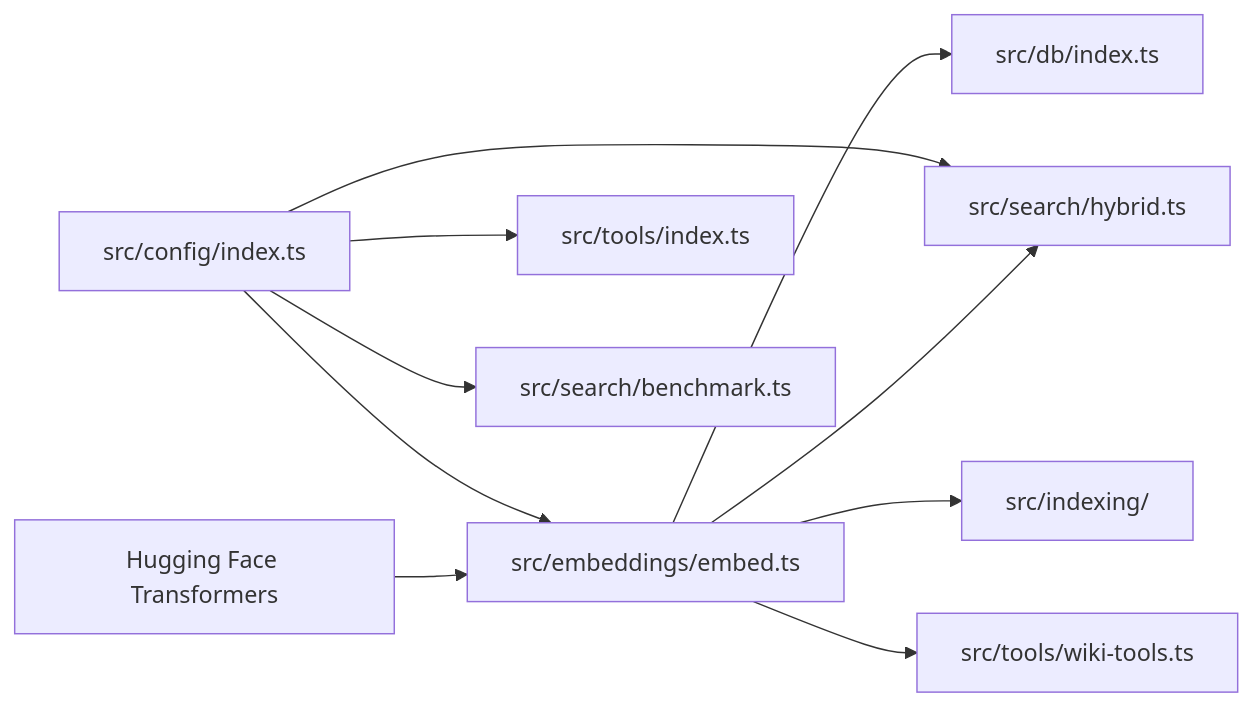
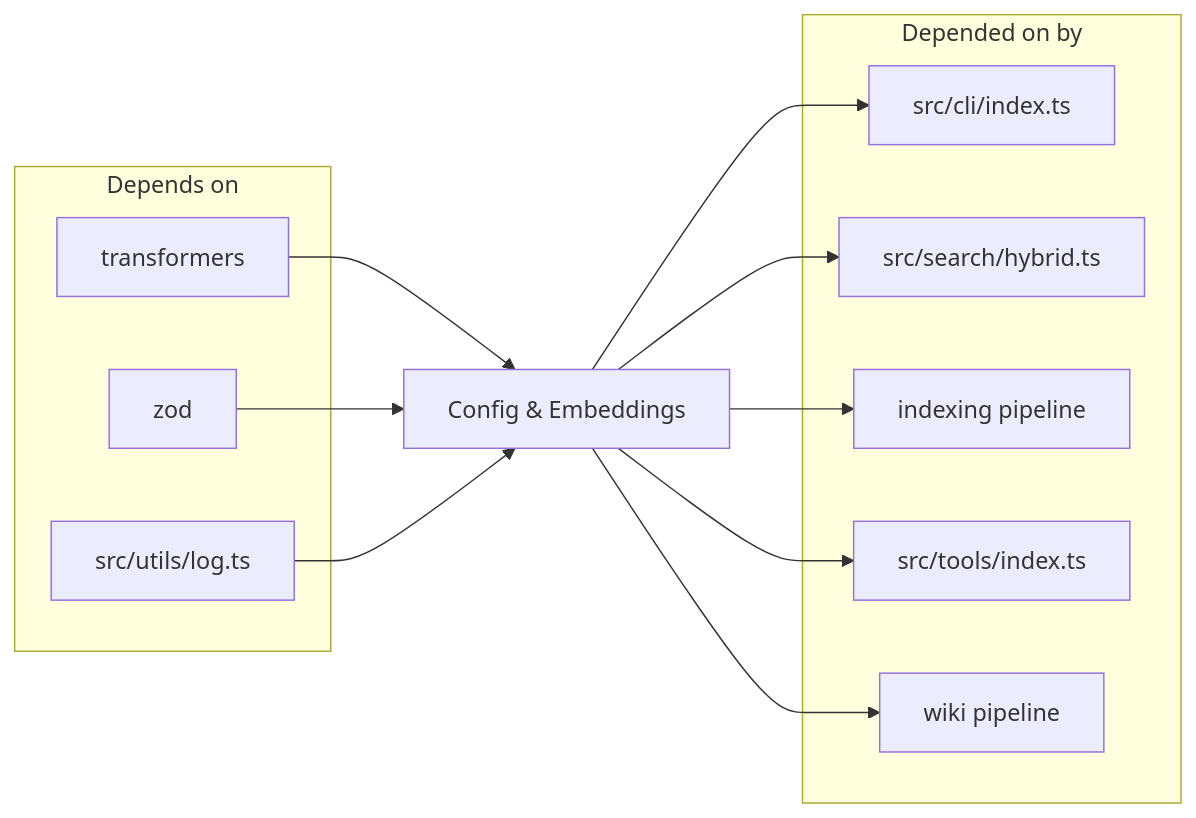
Before and after one commit to TheWinci/mimirs: the second of 2 diagrams in wiki/communities/config-embeddings.md, drawn with Mermaid. The commit also changed other lines of this file and 36 other files, not shown here.

````diff
--- a/wiki/communities/config-embeddings.md
+++ b/wiki/communities/config-embeddings.md
@@ -42,18 +43,24 @@
 ```mermaid
 flowchart LR
-    hf["Hugging Face Transformers"]
-    configSrc["src/config/index.ts"]
-    embedSrc["src/embeddings/embed.ts"]
-
-    hf --> embedSrc
-    configSrc --> embedSrc
-
-    embedSrc --> searchHybrid["src/search/hybrid.ts"]
-    embedSrc --> dbIdx["src/db/index.ts"]
-    embedSrc --> indexing["src/indexing/"]
-    embedSrc --> wikiTools["src/tools/wiki-tools.ts"]
-
-    configSrc --> toolsIdx["src/tools/index.ts"]
-    configSrc --> searchHybrid
-    configSrc --> benchmark["src/search/benchmark.ts"]
+  subgraph Upstream["Depends on"]
+    hf["transformers"]
+    zod["zod"]
+    log["src/utils/log.ts"]
+  end
+  cfg["Config & Embeddings"]
+  subgraph Downstream["Depended on by"]
+    cli["src/cli/index.ts"]
+    search["src/search/hybrid.ts"]
+    indexing["indexing pipeline"]
+    tools["src/tools/index.ts"]
+    wiki["wiki pipeline"]
+  end
+  hf --> cfg
+  zod --> cfg
+  log --> cfg
+  cfg --> cli
+  cfg --> search
+  cfg --> indexing
+  cfg --> tools
+  cfg --> wiki
 ```
````
